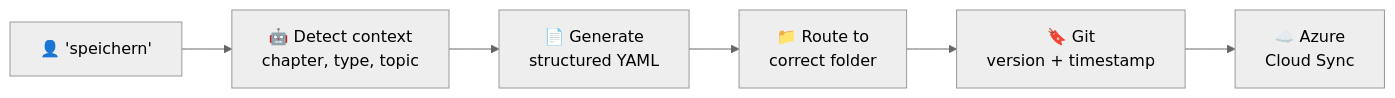
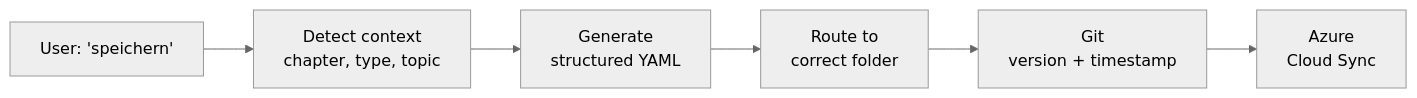
One commit to MustDemir/ai-context-vault changed the first of 3 diagrams in README.md. Above: the diagram before and after it, drawn with Mermaid (neutral theme). The commit also changed other lines of this file and 33 other files, not shown here.

````diff
--- a/README.md
+++ b/README.md
@@ -81,11 +141,11 @@
 ```mermaid
 flowchart LR
-    U["👤 'speichern'"]
-    A["🤖 Detect context\nchapter, type, topic"]
-    Y["📄 Generate\nstructured YAML"]
-    G["📁 Route to\ncorrect folder"]
-    V["🔖 Git\nversion + timestamp"]
-    C["☁️ Azure\nCloud Sync"]
+    U["User: 'speichern'"]
+    A["Detect context\nchapter, type, topic"]
+    Y["Generate\nstructured YAML"]
+    G["Route to\ncorrect folder"]
+    V["Git\nversion + timestamp"]
+    C["Azure\nCloud Sync"]
 
     U --> A --> Y --> G --> V --> C
 ```
````
